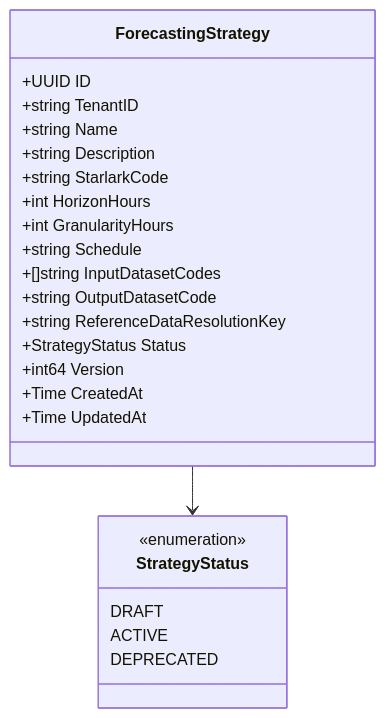
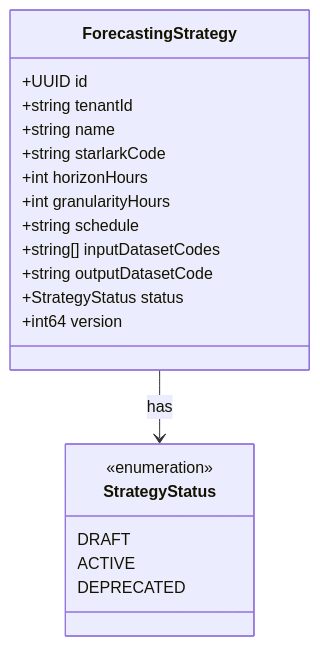
One commit to meridianhub/meridian changed the first of 2 diagrams in services/forecasting/README.md. Above: the diagram before and after it, drawn with Mermaid. The commit also changed other lines of this file and 4 other files, not shown here.

````diff
--- a/services/forecasting/README.md
+++ b/services/forecasting/README.md
@@ -131,29 +70,23 @@
 ```mermaid
 classDiagram
     class ForecastingStrategy {
-        +UUID ID
-        +string TenantID
-        +string Name
-        +string Description
-        +string StarlarkCode
-        +int HorizonHours
-        +int GranularityHours
-        +string Schedule
-        +[]string InputDatasetCodes
-        +string OutputDatasetCode
-        +string ReferenceDataResolutionKey
-        +StrategyStatus Status
-        +int64 Version
-        +Time CreatedAt
-        +Time UpdatedAt
+        +UUID id
+        +string tenantId
+        +string name
+        +string starlarkCode
+        +int horizonHours
+        +int granularityHours
+        +string schedule
+        +string[] inputDatasetCodes
+        +string outputDatasetCode
+        +StrategyStatus status
+        +int64 version
     }
-
     class StrategyStatus {
         <<enumeration>>
         DRAFT
         ACTIVE
         DEPRECATED
     }
-
-    ForecastingStrategy --> StrategyStatus
+    ForecastingStrategy --> StrategyStatus : has
 ```
````
